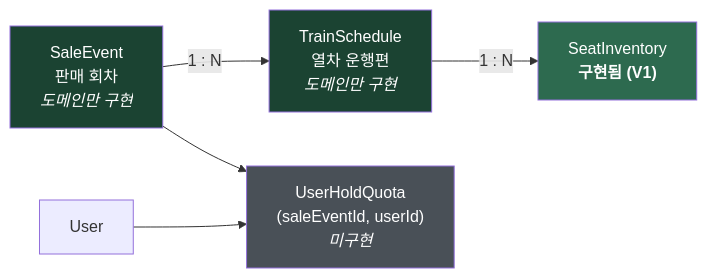
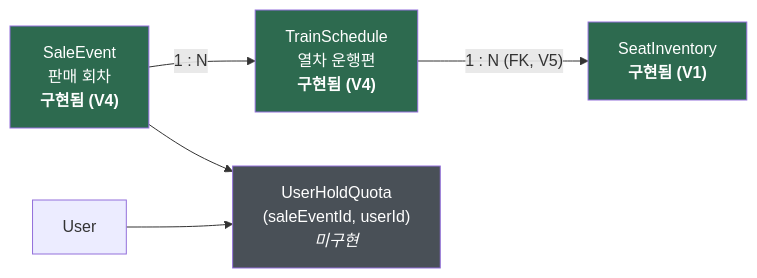
One commit to whdkfhr/rail-gate changed the fourth of 4 diagrams in docs/ARCHITECTURE.md. Above: the diagram before and after it, drawn with Mermaid. The commit also changed other lines of this file and 16 other files, not shown here.

````diff
--- a/docs/ARCHITECTURE.md
+++ b/docs/ARCHITECTURE.md
@@ -219,12 +220,12 @@
 ```mermaid
 graph LR
-    SE["SaleEvent<br/>판매 회차<br/><i>도메인만 구현</i>"] -->|"1 : N"| TS["TrainSchedule<br/>열차 운행편<br/><i>도메인만 구현</i>"]
-    TS -->|"1 : N"| SI["SeatInventory<br/><b>구현됨 (V1)</b>"]
+    SE["SaleEvent<br/>판매 회차<br/><b>구현됨 (V4)</b>"] -->|"1 : N"| TS["TrainSchedule<br/>열차 운행편<br/><b>구현됨 (V4)</b>"]
+    TS -->|"1 : N (FK, V5)"| SI["SeatInventory<br/><b>구현됨 (V1)</b>"]
     SE --> Q["UserHoldQuota<br/>(saleEventId, userId)<br/><i>미구현</i>"]
     U["User"] --> Q
 
     style SI fill:#2d6a4f,color:#fff
-    style SE fill:#1b4332,color:#fff
-    style TS fill:#1b4332,color:#fff
+    style SE fill:#2d6a4f,color:#fff
+    style TS fill:#2d6a4f,color:#fff
     style Q fill:#495057,color:#fff
 ```
````
